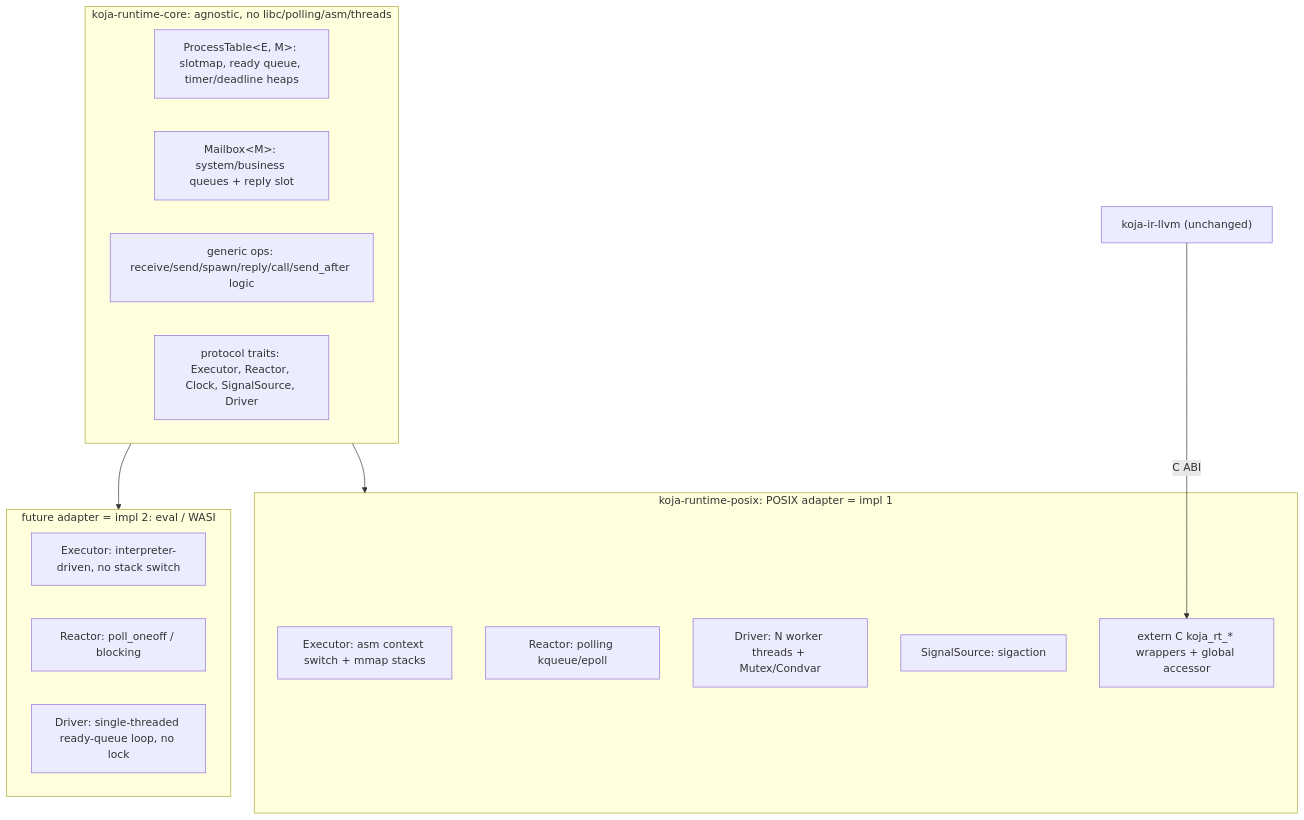
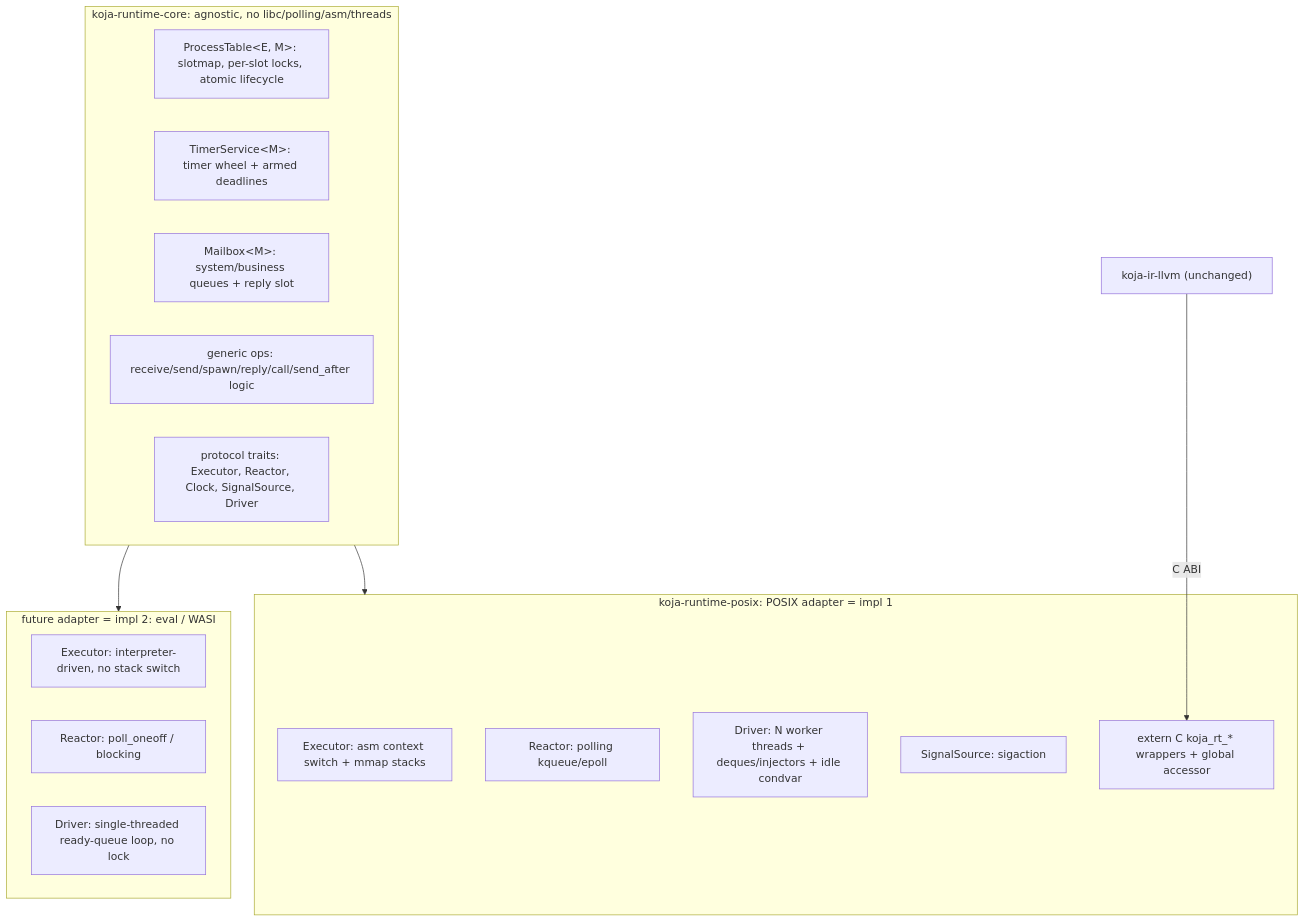
The diagram in design/SCHEDULER-PROTOCOL.md (koja-lang/koja), drawn with Mermaid before and after one commit. The commit also changed other lines of this file and 29 other files, not shown here.

````diff
--- a/design/SCHEDULER-PROTOCOL.md
+++ b/design/SCHEDULER-PROTOCOL.md
@@ -61,24 +62,25 @@
 ```mermaid
 flowchart TB
   subgraph core [koja-runtime-core: agnostic, no libc/polling/asm/threads]
-    PT["ProcessTable&lt;E, M&gt;: slotmap, ready queue, timer/deadline heaps"]
+    PT["ProcessTable&lt;E, M&gt;: slotmap, per-slot locks, atomic lifecycle"]
+    TS["TimerService&lt;M&gt;: timer wheel + armed deadlines"]
     MB["Mailbox&lt;M&gt;: system/business queues + reply slot"]
     OPS["generic ops: receive/send/spawn/reply/call/send_after logic"]
     TR["protocol traits: Executor, Reactor, Clock, SignalSource, Driver"]
   end
   subgraph native [koja-runtime-posix: POSIX adapter = impl 1]
     ASM["Executor: asm context switch + mmap stacks"]
     PLL["Reactor: polling kqueue/epoll"]
-    DRV["Driver: N worker threads + Mutex/Condvar"]
+    DRV["Driver: N worker threads + deques/injectors + idle condvar"]
     SIG["SignalSource: sigaction"]
     EXT["extern C koja_rt_* wrappers + global accessor"]
   end
   subgraph coop [future adapter = impl 2: eval / WASI]
     INT["Executor: interpreter-driven, no stack switch"]
     POLLW["Reactor: poll_oneoff / blocking"]
     LOOP["Driver: single-threaded ready-queue loop, no lock"]
   end
   core --> native
   core --> coop
   llvm["koja-ir-llvm (unchanged)"] -->|C ABI| EXT
 ```
````
